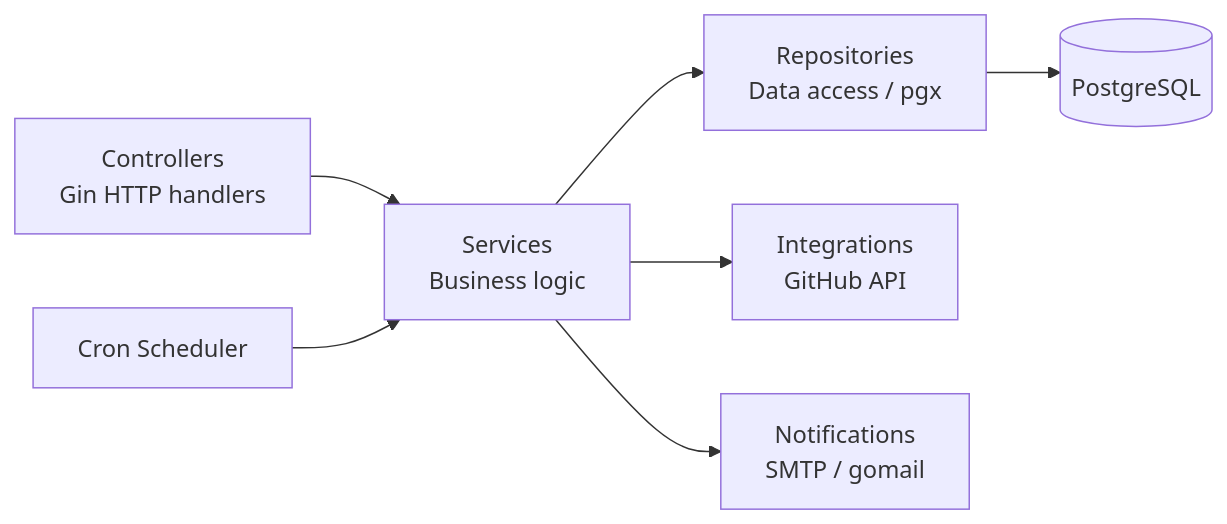
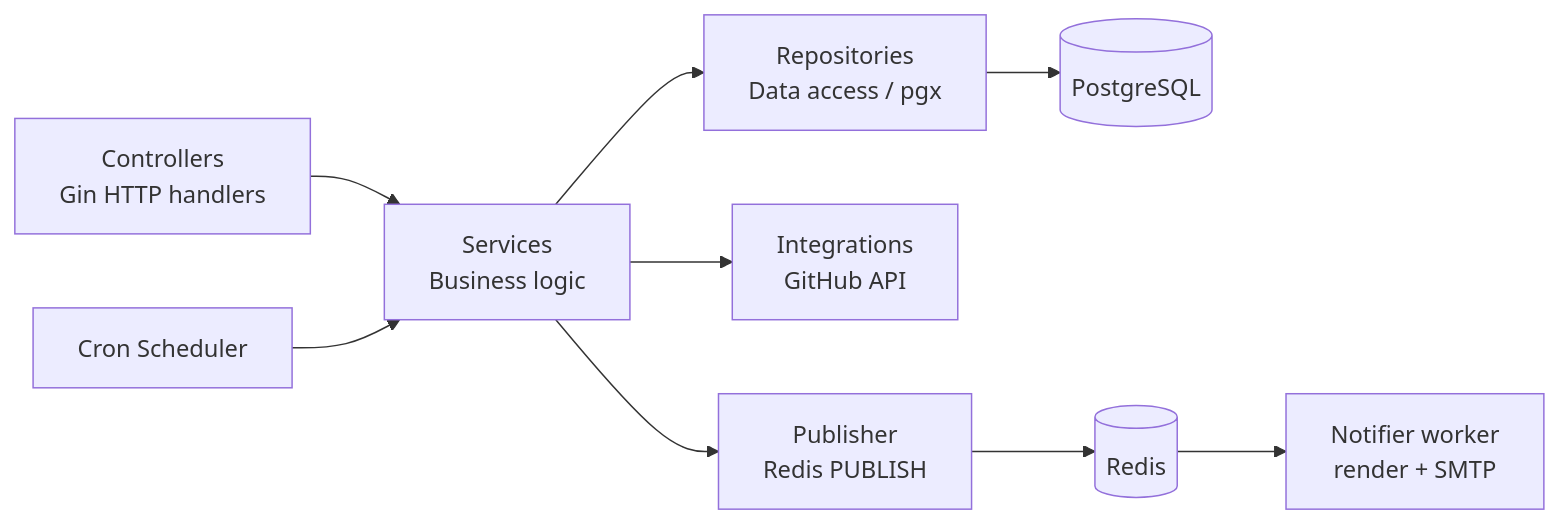
Before and after one commit to GenesisEducationKyiv/software-engineering-school-6-0-vanyatemno: the third of 3 diagrams in README.md, drawn with Mermaid. The commit also changed other lines of this file and 140 other files, not shown here.

````diff
--- a/README.md
+++ b/README.md
@@ -289,9 +336,11 @@
 ```mermaid
 graph LR
     A[Controllers<br/>Gin HTTP handlers] --> B[Services<br/>Business logic]
     B --> C[Repositories<br/>Data access / pgx]
     C --> D[(PostgreSQL)]
     B --> E[Integrations<br/>GitHub API]
-    B --> F[Notifications<br/>SMTP / gomail]
+    B --> F[Publisher<br/>Redis PUBLISH]
     G[Cron Scheduler] --> B
+    F --> R[(Redis)]
+    R --> W[Notifier worker<br/>render + SMTP]
 ```
````
